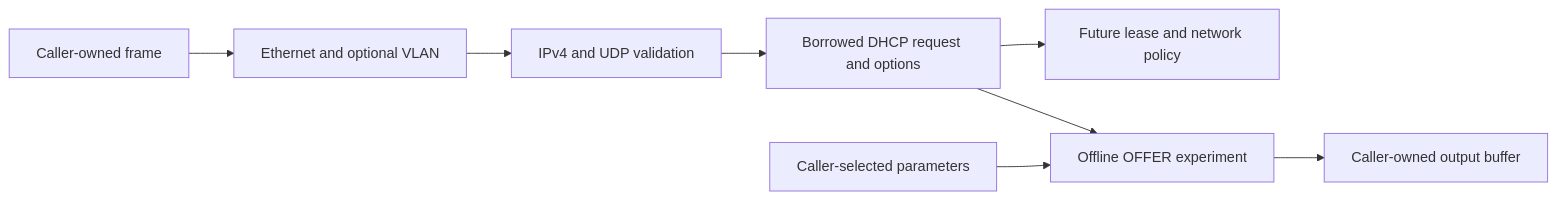
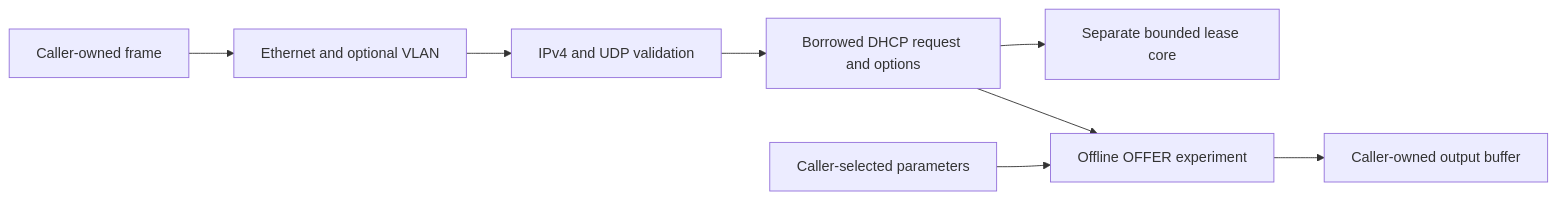
One commit to advanced-data-machines/irongate changed the diagram in docs/protocol-pilot.md. Above: the diagram before and after it, drawn with Mermaid. The commit also changed other lines of this file and 56 other files, not shown here.

First line of the commit message:
feat: add offline DHCP lease lifecycle and quality reports

````diff
--- a/docs/protocol-pilot.md
+++ b/docs/protocol-pilot.md
@@ -7,10 +7,10 @@
 ```mermaid
 flowchart LR
     input[Caller-owned frame] --> ethernet[Ethernet and optional VLAN]
     ethernet --> ip[IPv4 and UDP validation]
     ip --> dhcp[Borrowed DHCP request and options]
-    dhcp --> policy[Future lease and network policy]
+    dhcp --> policy[Separate bounded lease core]
     dhcp --> offer[Offline OFFER experiment]
     settings[Caller-selected parameters] --> offer
     offer --> output[Caller-owned output buffer]
 ```
````
